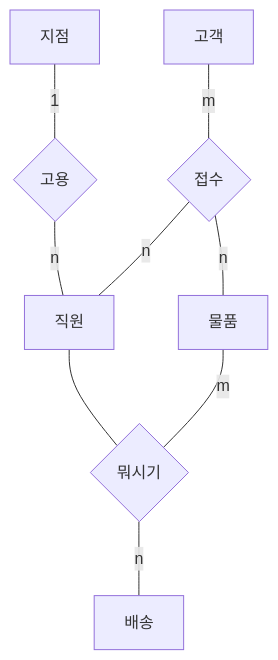
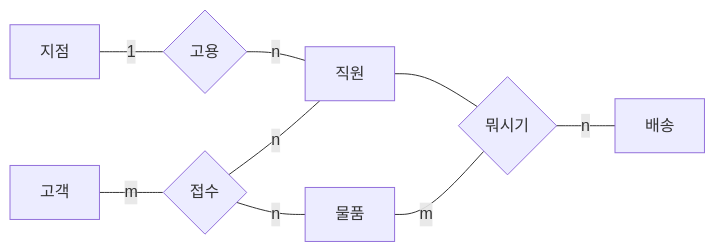
The first of 4 diagrams in PureMD/데이터베이스기초/hw2-모범.md (UserKimTaewon/UserKimTaewon.github.io), drawn with Mermaid before and after one commit. The commit also changed other lines of this file, not shown here.

````diff
--- a/PureMD/데이터베이스기초/hw2-모범.md
+++ b/PureMD/데이터베이스기초/hw2-모범.md
@@ -3,7 +3,7 @@
 ```mermaid
-flowchart 
+flowchart LR
 지점 -- 1 --- 지점고용{고용} -- n --- 직원
 고객 -- m --- 접수{접수} -- n --- 직원
 접수 -- n --- 물품 -- m --- 뭐시기{뭐시기} -- n --- 배송
 직원 --- 뭐시기
 ```
````
